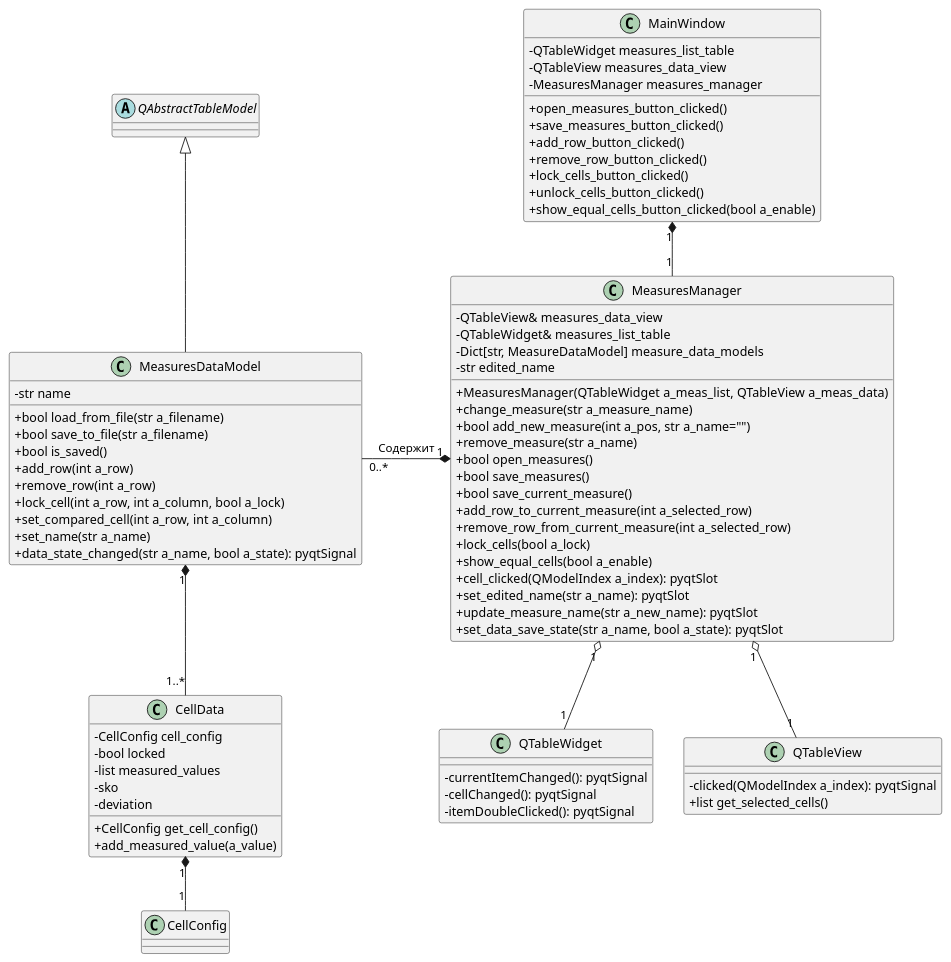
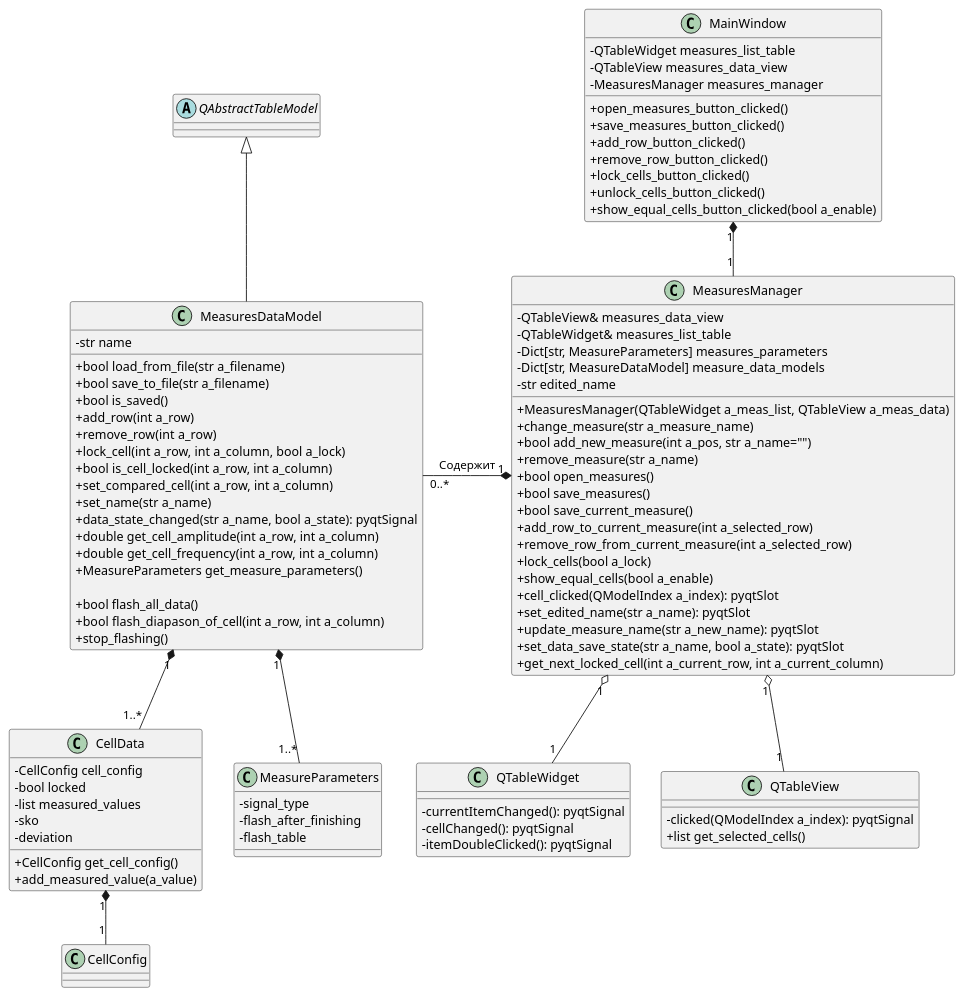
One commit to irsural/clb_autocalibration changed the diagram in UML/mainwindow.puml. Above: the diagram before and after it, drawn with PlantUML.

Commit message:
Доработка UML схемы

```diff
--- a/UML/mainwindow.puml
+++ b/UML/mainwindow.puml
@@ -1,93 +1,110 @@
 @startuml
 
 skinparam classAttributeIconSize 0
 
 abstract class QAbstractTableModel
 
 QAbstractTableModel <|-- MeasuresDataModel
 
 MainWindow "1" *-- "1" MeasuresManager
 MeasuresDataModel "0..*" -right--* "1" MeasuresManager: Содержит
 MeasuresDataModel "1" *-- "1..*" CellData
+MeasuresDataModel "1" *-- "1..*" MeasureParameters
 
 MeasuresManager "1" o-- "1" QTableWidget
 MeasuresManager "1" o-- "1" QTableView
 
 CellData "1" *-- "1" CellConfig
 
 
 class MainWindow {
 -QTableWidget measures_list_table
 -QTableView measures_data_view
 -MeasuresManager measures_manager
 
 +open_measures_button_clicked()
 +save_measures_button_clicked()
 +add_row_button_clicked()
 +remove_row_button_clicked()
 +lock_cells_button_clicked()
 +unlock_cells_button_clicked()
 +show_equal_cells_button_clicked(bool a_enable)
 }
 
 class MeasuresManager {
 -QTableView& measures_data_view
 -QTableWidget& measures_list_table
+-Dict[str, MeasureParameters] measures_parameters
 -Dict[str, MeasureDataModel] measure_data_models
 -str edited_name
 +MeasuresManager(QTableWidget a_meas_list, QTableView a_meas_data)
 +change_measure(str a_measure_name)
 +bool add_new_measure(int a_pos, str a_name="")
 +remove_measure(str a_name)
 +bool open_measures()
 +bool save_measures()
 +bool save_current_measure()
 +add_row_to_current_measure(int a_selected_row)
 +remove_row_from_current_measure(int a_selected_row)
 +lock_cells(bool a_lock)
 +show_equal_cells(bool a_enable)
 +cell_clicked(QModelIndex a_index): pyqtSlot
 +set_edited_name(str a_name): pyqtSlot
 +update_measure_name(str a_new_name): pyqtSlot
 +set_data_save_state(str a_name, bool a_state): pyqtSlot
++get_next_locked_cell(int a_current_row, int a_current_column)
 }
 
 class MeasuresDataModel {
 -str name
 +bool load_from_file(str a_filename)
 +bool save_to_file(str a_filename)
 +bool is_saved()
 +add_row(int a_row)
 +remove_row(int a_row)
 +lock_cell(int a_row, int a_column, bool a_lock)
++bool is_cell_locked(int a_row, int a_column)
 +set_compared_cell(int a_row, int a_column)
 +set_name(str a_name)
 +data_state_changed(str a_name, bool a_state): pyqtSignal
++double get_cell_amplitude(int a_row, int a_column)
++double get_cell_frequency(int a_row, int a_column)
++MeasureParameters get_measure_parameters()
+
++bool flash_all_data()
++bool flash_diapason_of_cell(int a_row, int a_column)
++stop_flashing()
+}
+
+class MeasureParameters {
+-signal_type
+-flash_after_finishing
+-flash_table
 }
 
 class CellData {
 -CellConfig cell_config
 -bool locked
 -list measured_values
 -sko
 -deviation
 +CellConfig get_cell_config()
 +add_measured_value(a_value)
 }
 
 class CellConfig {
 
 }
 
 class QTableWidget {
 -currentItemChanged(): pyqtSignal
 -cellChanged(): pyqtSignal
 -itemDoubleClicked(): pyqtSignal
 }
 
 class QTableView {
 -clicked(QModelIndex a_index): pyqtSignal
 +list get_selected_cells()
 }
 
 @enduml
```
